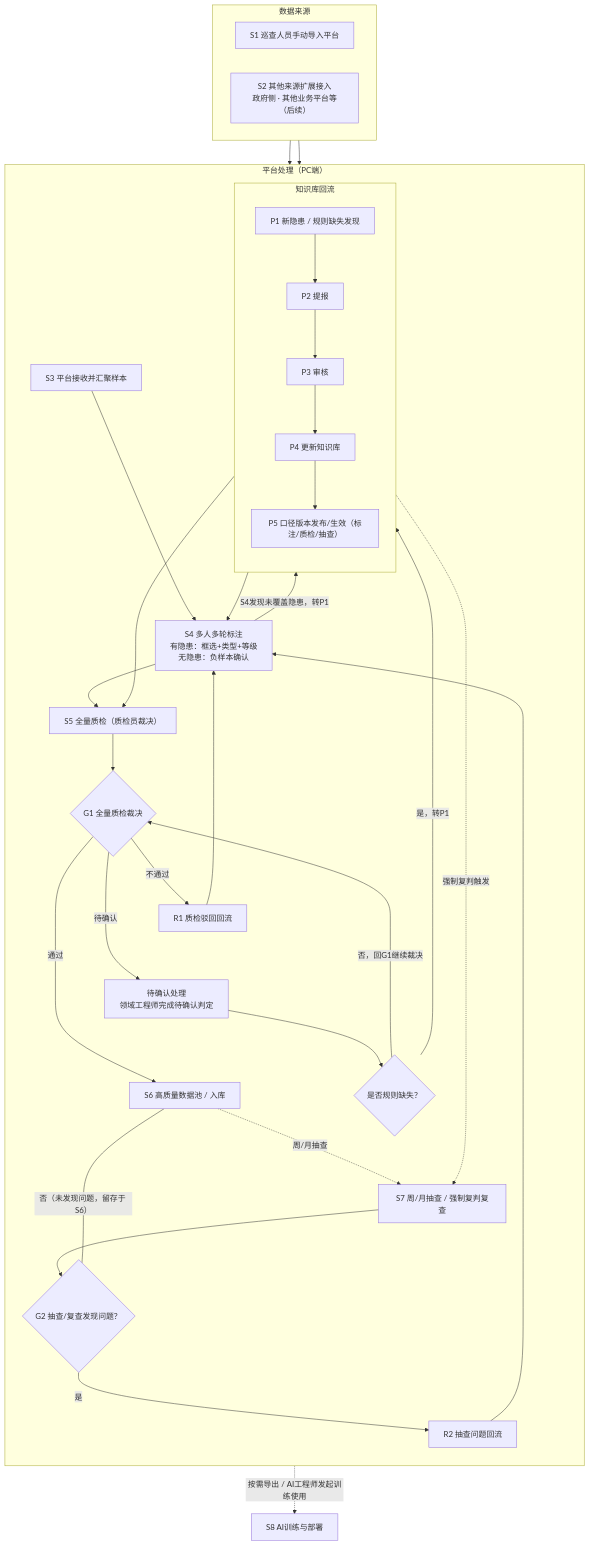
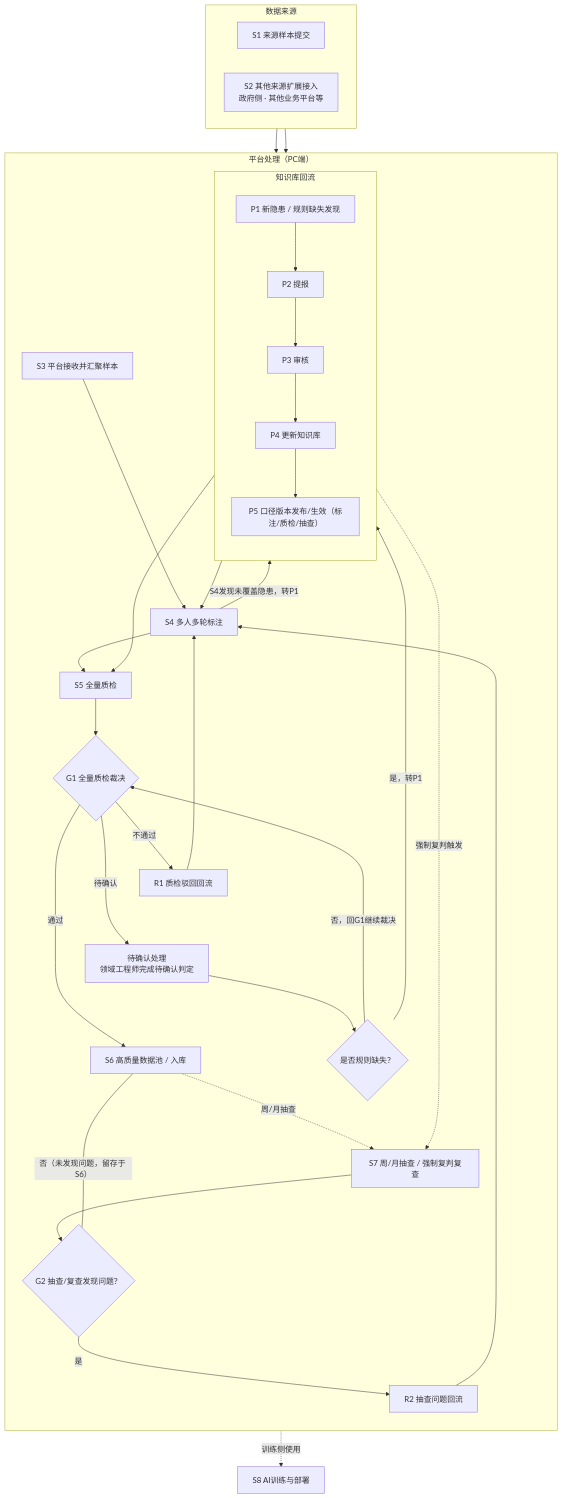
One commit to zhudan930612/Data-governance changed the diagram in 数据治理平台-Mermaid.mmd. Above: the diagram before and after it, drawn with Mermaid. The commit also changed 7 other files, not shown here.

```diff
--- a/数据治理平台-Mermaid.mmd
+++ b/数据治理平台-Mermaid.mmd
@@ -1,65 +1,65 @@
 %%{init: {'theme':'mc'}}%%
 flowchart TD
     subgraph SRC ["数据来源"]
         direction LR
-        A1["S1 巡查人员手动导入平台"]
-        A2["S2 其他来源扩展接入<br/>政府侧 · 其他业务平台等（后续）"]
+        A1["S1 来源样本提交"]
+        A2["S2 其他来源扩展接入<br/>政府侧 · 其他业务平台等"]
     end
 
     subgraph PLT ["平台处理（PC端）"]
         direction TB
         B["S3 平台接收并汇聚样本"]
-        E["S4 多人多轮标注<br/>有隐患：框选+类型+等级<br/>无隐患：负样本确认"]
-        G["S5 全量质检（质检员裁决）"]
+        E["S4 多人多轮标注"]
+        G["S5 全量质检"]
         G1{"G1 全量质检裁决"}
         H["S6 高质量数据池 / 入库"]
         S7["S7 周/月抽查 / 强制复判复查"]
         G2{"G2 抽查/复查发现问题？"}
 
         R1["R1 质检驳回回流"]
         Q["待确认处理<br/>领域工程师完成待确认判定"]
         Q1{"是否规则缺失？"}
         R2["R2 抽查问题回流"]
 
         B --> E
         E --> G
         G --> G1
         G1 -->|"通过"| H
         H -.->|"周/月抽查"| S7
         S7 --> G2
         G2 ---|"否（未发现问题，留存于 S6）"| H
 
         subgraph LOOP ["知识库回流"]
             direction TB
             U["P1 新隐患 / 规则缺失发现"]
             U --> V["P2 提报"]
             V --> W["P3 审核"]
             W --> X["P4 更新知识库"]
             X --> Y["P5 口径版本发布/生效（标注/质检/抽查）"]
         end
 
         G1 -->|"不通过"| R1
         G1 -->|"待确认"| Q
         R1 --> E
         Q --> Q1
         Q1 -->|"是，转P1"| U
         Q1 -->|"否，回G1继续裁决"| G1
         G2 -->|"是"| R2
         R2 --> E
 
         E -->|"S4发现未覆盖隐患，转P1"| U
         Y --> E
         Y --> G
         Y -.->|"强制复判触发"| S7
 
         R1 ~~~ Q
         Q ~~~ H
         U ~~~ H
         R2 ~~~ S7
     end
 
     A1 --> B
     A2 --> B
 
 
-    H -.->|"按需导出 / AI工程师发起训练使用"| M["S8 AI训练与部署"]
+    H -.->|"训练侧使用"| M["S8 AI训练与部署"]
```
